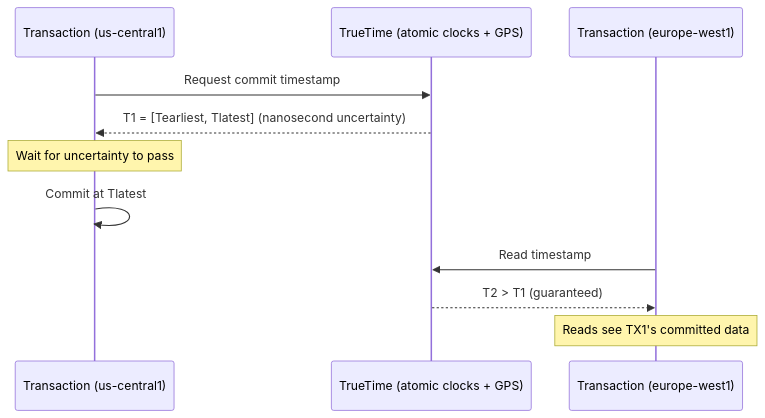
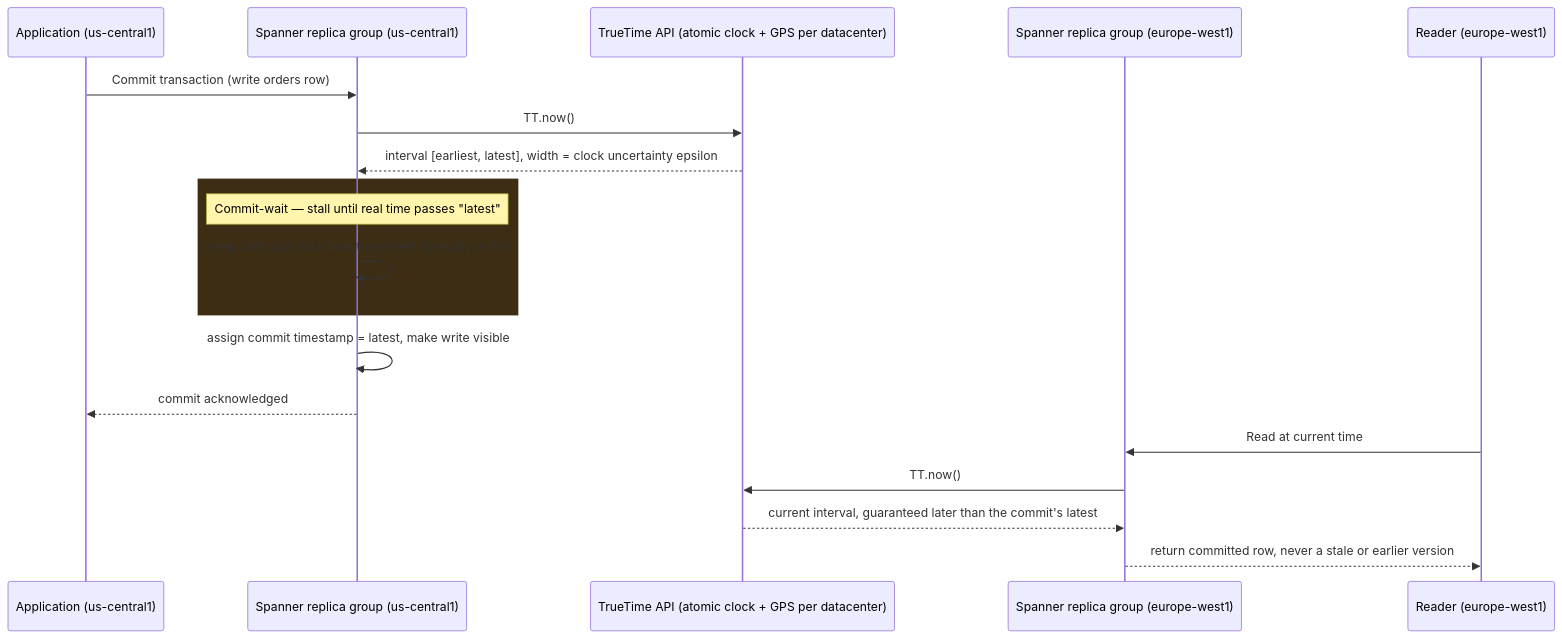
One commit to deepanshu-rawat6/DevOpsIndex changed the second of 4 diagrams in gcp/databases.md. Above: the diagram before and after it, drawn with Mermaid. The commit also changed other lines of this file and 14 other files, not shown here.

````diff
--- a/gcp/databases.md
+++ b/gcp/databases.md
@@ -139,14 +169,22 @@
 ```mermaid
 sequenceDiagram
-    participant TX1 as Transaction (us-central1)
-    participant TS as TrueTime (atomic clocks + GPS)
-    participant TX2 as Transaction (europe-west1)
+    participant APP as Application (us-central1)
+    participant SP1 as Spanner replica group (us-central1)
+    participant TS as TrueTime API (atomic clock + GPS per datacenter)
+    participant SP2 as Spanner replica group (europe-west1)
+    participant RD as Reader (europe-west1)
 
-    TX1->>TS: Request commit timestamp
-    TS-->>TX1: T1 = [Tearliest, Tlatest] (nanosecond uncertainty)
-    Note over TX1: Wait for uncertainty to pass
-    TX1->>TX1: Commit at Tlatest
-    TX2->>TS: Read timestamp
-    TS-->>TX2: T2 > T1 (guaranteed)
-    Note over TX2: Reads see TX1's committed data
+    APP->>SP1: Commit transaction (write orders row)
+    SP1->>TS: TT.now()
+    TS-->>SP1: interval [earliest, latest], width = clock uncertainty epsilon
+    rect rgb(60, 45, 20)
+    Note over SP1: Commit-wait — stall until real time passes "latest"
+    SP1->>SP1: sleep until wall clock later than latest, typically 4-7ms
+    end
+    SP1->>SP1: assign commit timestamp = latest, make write visible
+    SP1-->>APP: commit acknowledged
+    RD->>SP2: Read at current time
+    SP2->>TS: TT.now()
+    TS-->>SP2: current interval, guaranteed later than the commit's latest
+    SP2-->>RD: return committed row, never a stale or earlier version
 ```
````
